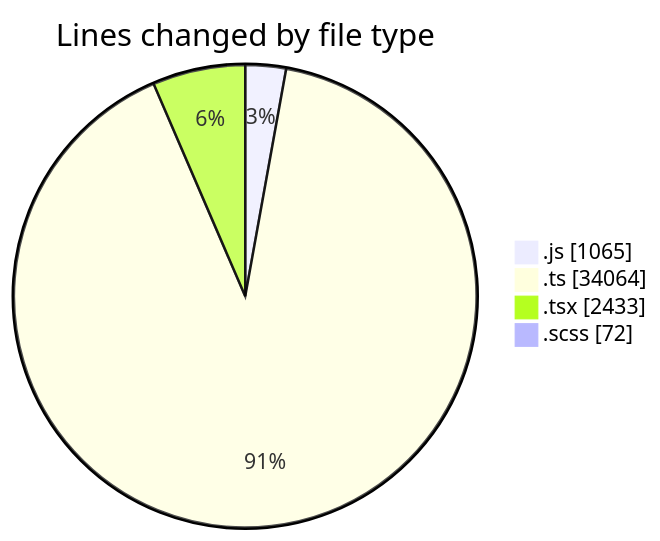
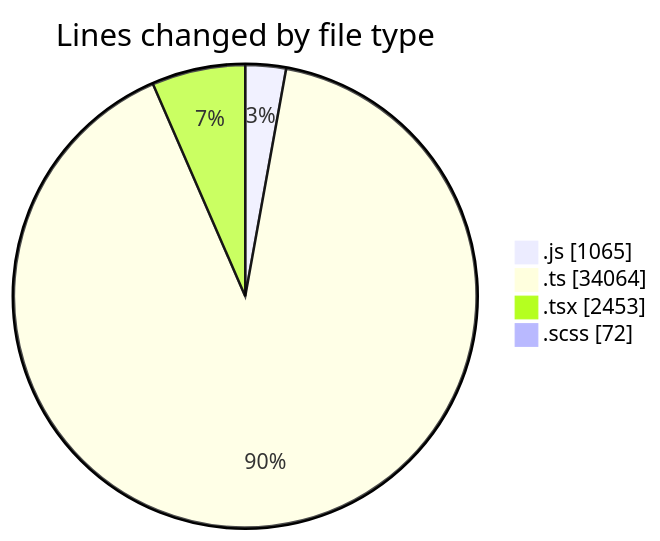
Before and after one commit to momahboobian/code-tracking: the first of 2 diagrams in 2026-10-06/cda/README.md, drawn with Mermaid. The commit also changed other lines of this file and 1 other file, not shown here.

````diff
--- a/2026-10-06/cda/README.md
+++ b/2026-10-06/cda/README.md
@@ -52,8 +52,8 @@
 ```mermaid
 pie showData
 title Lines changed by file type
 ".js" : 1065
 ".ts" : 34064
-".tsx" : 2433
+".tsx" : 2453
 ".scss" : 72
 ```
````
